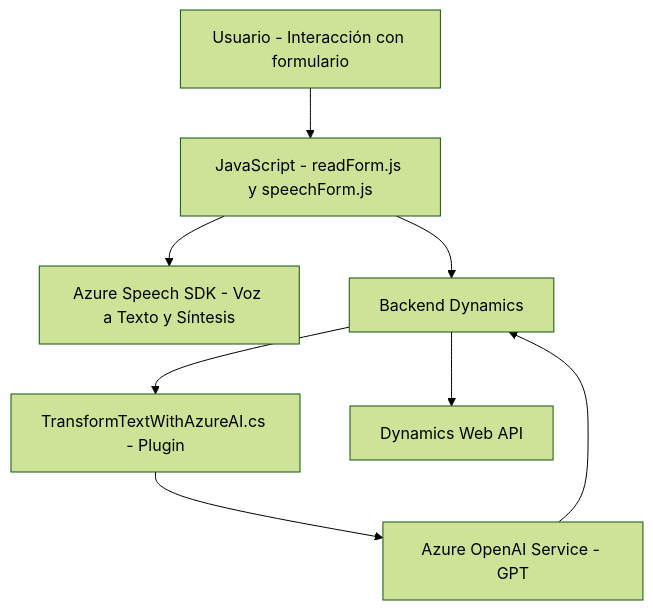
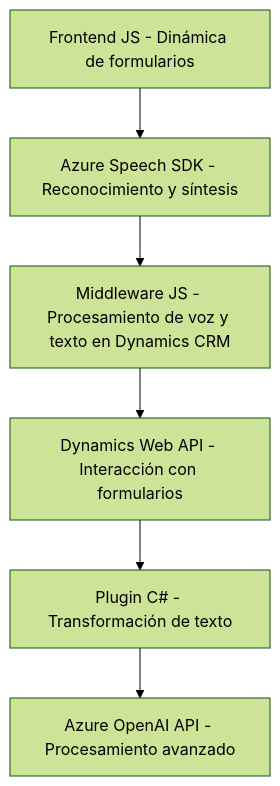
Before and after one commit to blopezdm/NETCORE_BILBAO2025: the diagram in README.md, drawn with Mermaid (forest theme). The commit also changed other lines of this file, not shown here.

Commit message:
Actualizar análisis global de la solución con IA

````diff
--- a/README.md
+++ b/README.md
@@ -47,18 +50,8 @@
 ```mermaid
 graph TD
-    A["Usuario - Interacción con formulario"]
-    B["JavaScript - readForm.js y speechForm.js"]
-    C["Azure Speech SDK - Voz a Texto y Síntesis"]
-    D["Backend Dynamics"]
-    E["TransformTextWithAzureAI.cs - Plugin"]
-    F["Azure OpenAI Service - GPT"]
-    G["Dynamics Web API"]
-
-    A --> B
-    B --> C
-    B --> D
-    D --> E
-    E --> F
-    D --> G
-    F --> D
+A["Frontend JS - Dinámica de formularios"] --> B["Azure Speech SDK - Reconocimiento y síntesis"]
+B --> C["Middleware JS - Procesamiento de voz y texto en Dynamics CRM"]
+C --> D["Dynamics Web API - Interacción con formularios"]
+D --> E["Plugin C# - Transformación de texto"]
+E --> F["Azure OpenAI API - Procesamiento avanzado"]
 ```
````
